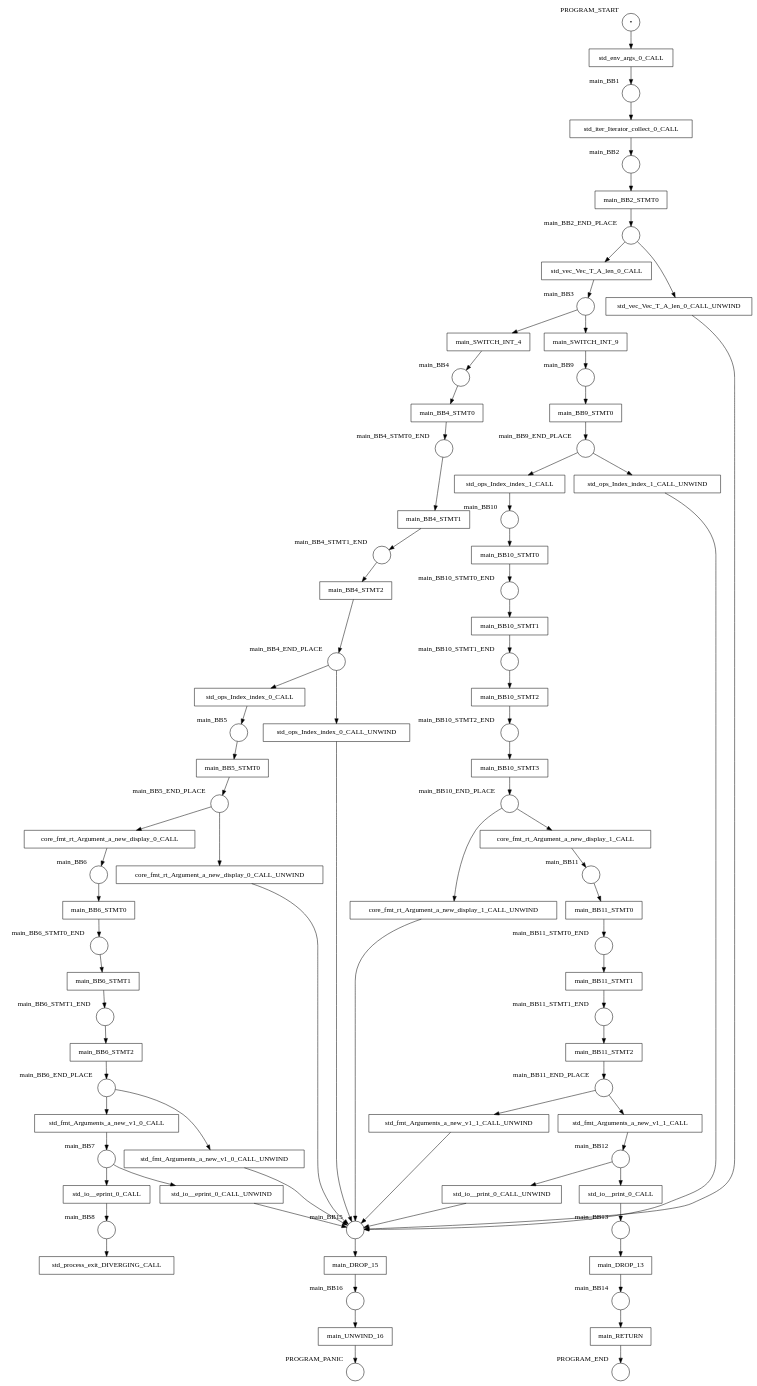
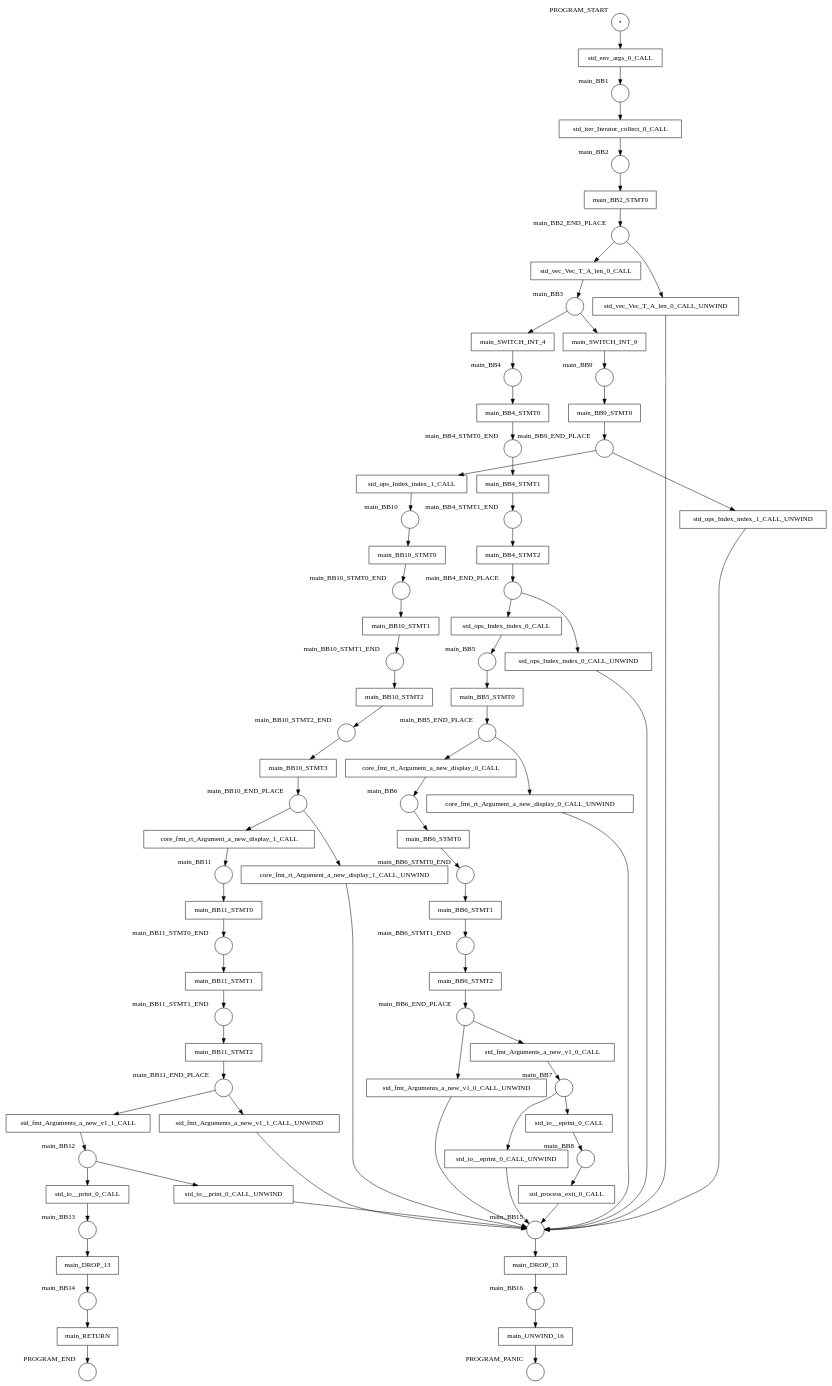
Before and after one commit to hlisdero/cargo-check-deadlock: the diagram in examples/results/function_call/greet/net.dot, drawn with Graphviz. The commit also changed 3 other files, not shown here.

```diff
--- a/examples/results/function_call/greet/net.dot
+++ b/examples/results/function_call/greet/net.dot
@@ -1,165 +1,166 @@
 digraph petrinet {
     PROGRAM_END [shape="circle" xlabel="PROGRAM_END" label=""];
     PROGRAM_PANIC [shape="circle" xlabel="PROGRAM_PANIC" label=""];
     PROGRAM_START [shape="circle" xlabel="PROGRAM_START" label="•"];
     main_BB1 [shape="circle" xlabel="main_BB1" label=""];
     main_BB10 [shape="circle" xlabel="main_BB10" label=""];
     main_BB10_END_PLACE [shape="circle" xlabel="main_BB10_END_PLACE" label=""];
     main_BB10_STMT0_END [shape="circle" xlabel="main_BB10_STMT0_END" label=""];
     main_BB10_STMT1_END [shape="circle" xlabel="main_BB10_STMT1_END" label=""];
     main_BB10_STMT2_END [shape="circle" xlabel="main_BB10_STMT2_END" label=""];
     main_BB11 [shape="circle" xlabel="main_BB11" label=""];
     main_BB11_END_PLACE [shape="circle" xlabel="main_BB11_END_PLACE" label=""];
     main_BB11_STMT0_END [shape="circle" xlabel="main_BB11_STMT0_END" label=""];
     main_BB11_STMT1_END [shape="circle" xlabel="main_BB11_STMT1_END" label=""];
     main_BB12 [shape="circle" xlabel="main_BB12" label=""];
     main_BB13 [shape="circle" xlabel="main_BB13" label=""];
     main_BB14 [shape="circle" xlabel="main_BB14" label=""];
     main_BB15 [shape="circle" xlabel="main_BB15" label=""];
     main_BB16 [shape="circle" xlabel="main_BB16" label=""];
     main_BB2 [shape="circle" xlabel="main_BB2" label=""];
     main_BB2_END_PLACE [shape="circle" xlabel="main_BB2_END_PLACE" label=""];
     main_BB3 [shape="circle" xlabel="main_BB3" label=""];
     main_BB4 [shape="circle" xlabel="main_BB4" label=""];
     main_BB4_END_PLACE [shape="circle" xlabel="main_BB4_END_PLACE" label=""];
     main_BB4_STMT0_END [shape="circle" xlabel="main_BB4_STMT0_END" label=""];
     main_BB4_STMT1_END [shape="circle" xlabel="main_BB4_STMT1_END" label=""];
     main_BB5 [shape="circle" xlabel="main_BB5" label=""];
     main_BB5_END_PLACE [shape="circle" xlabel="main_BB5_END_PLACE" label=""];
     main_BB6 [shape="circle" xlabel="main_BB6" label=""];
     main_BB6_END_PLACE [shape="circle" xlabel="main_BB6_END_PLACE" label=""];
     main_BB6_STMT0_END [shape="circle" xlabel="main_BB6_STMT0_END" label=""];
     main_BB6_STMT1_END [shape="circle" xlabel="main_BB6_STMT1_END" label=""];
     main_BB7 [shape="circle" xlabel="main_BB7" label=""];
     main_BB8 [shape="circle" xlabel="main_BB8" label=""];
     main_BB9 [shape="circle" xlabel="main_BB9" label=""];
     main_BB9_END_PLACE [shape="circle" xlabel="main_BB9_END_PLACE" label=""];
     core_fmt_rt_Argument_a_new_display_0_CALL [shape="box" xlabel="" label="core_fmt_rt_Argument_a_new_display_0_CALL"];
     core_fmt_rt_Argument_a_new_display_0_CALL_UNWIND [shape="box" xlabel="" label="core_fmt_rt_Argument_a_new_display_0_CALL_UNWIND"];
     core_fmt_rt_Argument_a_new_display_1_CALL [shape="box" xlabel="" label="core_fmt_rt_Argument_a_new_display_1_CALL"];
     core_fmt_rt_Argument_a_new_display_1_CALL_UNWIND [shape="box" xlabel="" label="core_fmt_rt_Argument_a_new_display_1_CALL_UNWIND"];
     main_BB10_STMT0 [shape="box" xlabel="" label="main_BB10_STMT0"];
     main_BB10_STMT1 [shape="box" xlabel="" label="main_BB10_STMT1"];
     main_BB10_STMT2 [shape="box" xlabel="" label="main_BB10_STMT2"];
     main_BB10_STMT3 [shape="box" xlabel="" label="main_BB10_STMT3"];
     main_BB11_STMT0 [shape="box" xlabel="" label="main_BB11_STMT0"];
     main_BB11_STMT1 [shape="box" xlabel="" label="main_BB11_STMT1"];
     main_BB11_STMT2 [shape="box" xlabel="" label="main_BB11_STMT2"];
     main_BB2_STMT0 [shape="box" xlabel="" label="main_BB2_STMT0"];
     main_BB4_STMT0 [shape="box" xlabel="" label="main_BB4_STMT0"];
     main_BB4_STMT1 [shape="box" xlabel="" label="main_BB4_STMT1"];
     main_BB4_STMT2 [shape="box" xlabel="" label="main_BB4_STMT2"];
     main_BB5_STMT0 [shape="box" xlabel="" label="main_BB5_STMT0"];
     main_BB6_STMT0 [shape="box" xlabel="" label="main_BB6_STMT0"];
     main_BB6_STMT1 [shape="box" xlabel="" label="main_BB6_STMT1"];
     main_BB6_STMT2 [shape="box" xlabel="" label="main_BB6_STMT2"];
     main_BB9_STMT0 [shape="box" xlabel="" label="main_BB9_STMT0"];
     main_DROP_13 [shape="box" xlabel="" label="main_DROP_13"];
     main_DROP_15 [shape="box" xlabel="" label="main_DROP_15"];
     main_RETURN [shape="box" xlabel="" label="main_RETURN"];
     main_SWITCH_INT_4 [shape="box" xlabel="" label="main_SWITCH_INT_4"];
     main_SWITCH_INT_9 [shape="box" xlabel="" label="main_SWITCH_INT_9"];
     main_UNWIND_16 [shape="box" xlabel="" label="main_UNWIND_16"];
     std_env_args_0_CALL [shape="box" xlabel="" label="std_env_args_0_CALL"];
     std_fmt_Arguments_a_new_v1_0_CALL [shape="box" xlabel="" label="std_fmt_Arguments_a_new_v1_0_CALL"];
     std_fmt_Arguments_a_new_v1_0_CALL_UNWIND [shape="box" xlabel="" label="std_fmt_Arguments_a_new_v1_0_CALL_UNWIND"];
     std_fmt_Arguments_a_new_v1_1_CALL [shape="box" xlabel="" label="std_fmt_Arguments_a_new_v1_1_CALL"];
     std_fmt_Arguments_a_new_v1_1_CALL_UNWIND [shape="box" xlabel="" label="std_fmt_Arguments_a_new_v1_1_CALL_UNWIND"];
     std_io__eprint_0_CALL [shape="box" xlabel="" label="std_io__eprint_0_CALL"];
     std_io__eprint_0_CALL_UNWIND [shape="box" xlabel="" label="std_io__eprint_0_CALL_UNWIND"];
     std_io__print_0_CALL [shape="box" xlabel="" label="std_io__print_0_CALL"];
     std_io__print_0_CALL_UNWIND [shape="box" xlabel="" label="std_io__print_0_CALL_UNWIND"];
     std_iter_Iterator_collect_0_CALL [shape="box" xlabel="" label="std_iter_Iterator_collect_0_CALL"];
     std_ops_Index_index_0_CALL [shape="box" xlabel="" label="std_ops_Index_index_0_CALL"];
     std_ops_Index_index_0_CALL_UNWIND [shape="box" xlabel="" label="std_ops_Index_index_0_CALL_UNWIND"];
     std_ops_Index_index_1_CALL [shape="box" xlabel="" label="std_ops_Index_index_1_CALL"];
     std_ops_Index_index_1_CALL_UNWIND [shape="box" xlabel="" label="std_ops_Index_index_1_CALL_UNWIND"];
-    std_process_exit_DIVERGING_CALL [shape="box" xlabel="" label="std_process_exit_DIVERGING_CALL"];
+    std_process_exit_0_CALL [shape="box" xlabel="" label="std_process_exit_0_CALL"];
     std_vec_Vec_T_A_len_0_CALL [shape="box" xlabel="" label="std_vec_Vec_T_A_len_0_CALL"];
     std_vec_Vec_T_A_len_0_CALL_UNWIND [shape="box" xlabel="" label="std_vec_Vec_T_A_len_0_CALL_UNWIND"];
     PROGRAM_START -> std_env_args_0_CALL;
     main_BB1 -> std_iter_Iterator_collect_0_CALL;
     main_BB10 -> main_BB10_STMT0;
     main_BB10_END_PLACE -> core_fmt_rt_Argument_a_new_display_1_CALL;
     main_BB10_END_PLACE -> core_fmt_rt_Argument_a_new_display_1_CALL_UNWIND;
     main_BB10_STMT0_END -> main_BB10_STMT1;
     main_BB10_STMT1_END -> main_BB10_STMT2;
     main_BB10_STMT2_END -> main_BB10_STMT3;
     main_BB11 -> main_BB11_STMT0;
     main_BB11_END_PLACE -> std_fmt_Arguments_a_new_v1_1_CALL;
     main_BB11_END_PLACE -> std_fmt_Arguments_a_new_v1_1_CALL_UNWIND;
     main_BB11_STMT0_END -> main_BB11_STMT1;
     main_BB11_STMT1_END -> main_BB11_STMT2;
     main_BB12 -> std_io__print_0_CALL;
     main_BB12 -> std_io__print_0_CALL_UNWIND;
     main_BB13 -> main_DROP_13;
     main_BB14 -> main_RETURN;
     main_BB15 -> main_DROP_15;
     main_BB16 -> main_UNWIND_16;
     main_BB2 -> main_BB2_STMT0;
     main_BB2_END_PLACE -> std_vec_Vec_T_A_len_0_CALL;
     main_BB2_END_PLACE -> std_vec_Vec_T_A_len_0_CALL_UNWIND;
     main_BB3 -> main_SWITCH_INT_4;
     main_BB3 -> main_SWITCH_INT_9;
     main_BB4 -> main_BB4_STMT0;
     main_BB4_END_PLACE -> std_ops_Index_index_0_CALL;
     main_BB4_END_PLACE -> std_ops_Index_index_0_CALL_UNWIND;
     main_BB4_STMT0_END -> main_BB4_STMT1;
     main_BB4_STMT1_END -> main_BB4_STMT2;
     main_BB5 -> main_BB5_STMT0;
     main_BB5_END_PLACE -> core_fmt_rt_Argument_a_new_display_0_CALL;
     main_BB5_END_PLACE -> core_fmt_rt_Argument_a_new_display_0_CALL_UNWIND;
     main_BB6 -> main_BB6_STMT0;
     main_BB6_END_PLACE -> std_fmt_Arguments_a_new_v1_0_CALL;
     main_BB6_END_PLACE -> std_fmt_Arguments_a_new_v1_0_CALL_UNWIND;
     main_BB6_STMT0_END -> main_BB6_STMT1;
     main_BB6_STMT1_END -> main_BB6_STMT2;
     main_BB7 -> std_io__eprint_0_CALL;
     main_BB7 -> std_io__eprint_0_CALL_UNWIND;
-    main_BB8 -> std_process_exit_DIVERGING_CALL;
+    main_BB8 -> std_process_exit_0_CALL;
     main_BB9 -> main_BB9_STMT0;
     main_BB9_END_PLACE -> std_ops_Index_index_1_CALL;
     main_BB9_END_PLACE -> std_ops_Index_index_1_CALL_UNWIND;
     core_fmt_rt_Argument_a_new_display_0_CALL -> main_BB6;
     core_fmt_rt_Argument_a_new_display_0_CALL_UNWIND -> main_BB15;
     core_fmt_rt_Argument_a_new_display_1_CALL -> main_BB11;
     core_fmt_rt_Argument_a_new_display_1_CALL_UNWIND -> main_BB15;
     main_BB10_STMT0 -> main_BB10_STMT0_END;
     main_BB10_STMT1 -> main_BB10_STMT1_END;
     main_BB10_STMT2 -> main_BB10_STMT2_END;
     main_BB10_STMT3 -> main_BB10_END_PLACE;
     main_BB11_STMT0 -> main_BB11_STMT0_END;
     main_BB11_STMT1 -> main_BB11_STMT1_END;
     main_BB11_STMT2 -> main_BB11_END_PLACE;
     main_BB2_STMT0 -> main_BB2_END_PLACE;
     main_BB4_STMT0 -> main_BB4_STMT0_END;
     main_BB4_STMT1 -> main_BB4_STMT1_END;
     main_BB4_STMT2 -> main_BB4_END_PLACE;
     main_BB5_STMT0 -> main_BB5_END_PLACE;
     main_BB6_STMT0 -> main_BB6_STMT0_END;
     main_BB6_STMT1 -> main_BB6_STMT1_END;
     main_BB6_STMT2 -> main_BB6_END_PLACE;
     main_BB9_STMT0 -> main_BB9_END_PLACE;
     main_DROP_13 -> main_BB14;
     main_DROP_15 -> main_BB16;
     main_RETURN -> PROGRAM_END;
     main_SWITCH_INT_4 -> main_BB4;
     main_SWITCH_INT_9 -> main_BB9;
     main_UNWIND_16 -> PROGRAM_PANIC;
     std_env_args_0_CALL -> main_BB1;
     std_fmt_Arguments_a_new_v1_0_CALL -> main_BB7;
     std_fmt_Arguments_a_new_v1_0_CALL_UNWIND -> main_BB15;
     std_fmt_Arguments_a_new_v1_1_CALL -> main_BB12;
     std_fmt_Arguments_a_new_v1_1_CALL_UNWIND -> main_BB15;
     std_io__eprint_0_CALL -> main_BB8;
     std_io__eprint_0_CALL_UNWIND -> main_BB15;
     std_io__print_0_CALL -> main_BB13;
     std_io__print_0_CALL_UNWIND -> main_BB15;
     std_iter_Iterator_collect_0_CALL -> main_BB2;
     std_ops_Index_index_0_CALL -> main_BB5;
     std_ops_Index_index_0_CALL_UNWIND -> main_BB15;
     std_ops_Index_index_1_CALL -> main_BB10;
     std_ops_Index_index_1_CALL_UNWIND -> main_BB15;
+    std_process_exit_0_CALL -> main_BB15;
     std_vec_Vec_T_A_len_0_CALL -> main_BB3;
     std_vec_Vec_T_A_len_0_CALL_UNWIND -> main_BB15;
 }
```
